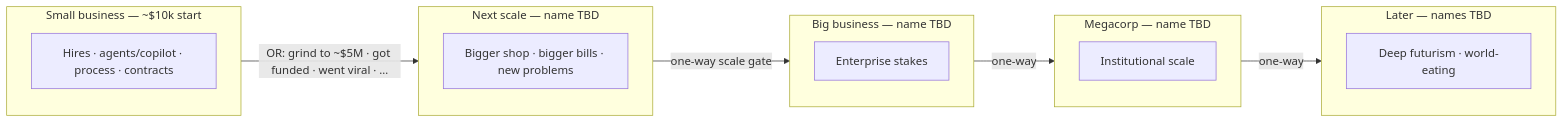
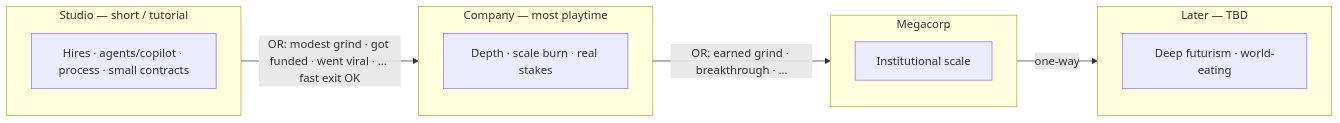
Before and after one commit to anne-markis/software-factory-the-game: the diagram in docs/superpowers/specs/2026-08-11-p02-decision-graph-plan.md, drawn with Mermaid. The commit also changed other lines of this file and 1 other file, not shown here.

First line of the commit message:
Settle era ladder: Studio → Company → Megacorp.

````diff
--- a/docs/superpowers/specs/2026-08-11-p02-decision-graph-plan.md
+++ b/docs/superpowers/specs/2026-08-11-p02-decision-graph-plan.md
@@ -225,27 +236,22 @@
 ```mermaid
 flowchart LR
-  subgraph SB["Small business — ~$10k start"]
-    mix[Hires · agents/copilot · process · contracts]
+  subgraph ST["Studio — short / tutorial"]
+    mix[Hires · agents/copilot · process · small contracts]
   end
 
-  subgraph MB["Next scale — name TBD"]
-    bigger[Bigger shop · bigger bills · new problems]
+  subgraph CO["Company — most playtime"]
+    main[Depth · scale burn · real stakes]
   end
 
-  subgraph BB["Big business — name TBD"]
-    enterprise[Enterprise stakes]
-  end
-
-  subgraph MC["Megacorp — name TBD"]
+  subgraph MC["Megacorp"]
     mega[Institutional scale]
   end
 
-  subgraph LATE["Later — names TBD"]
+  subgraph LATE["Later — TBD"]
     alien[Deep futurism · world-eating]
   end
 
-  SB -->|"OR: grind to ~$5M · got funded · went viral · …"| MB
-  MB -->|one-way scale gate| BB
-  BB -->|one-way| MC
+  ST -->|"OR: modest grind · got funded · went viral · … fast exit OK"| CO
+  CO -->|"OR: earned grind · breakthrough · …"| MC
   MC -->|one-way| LATE
 ```
````
